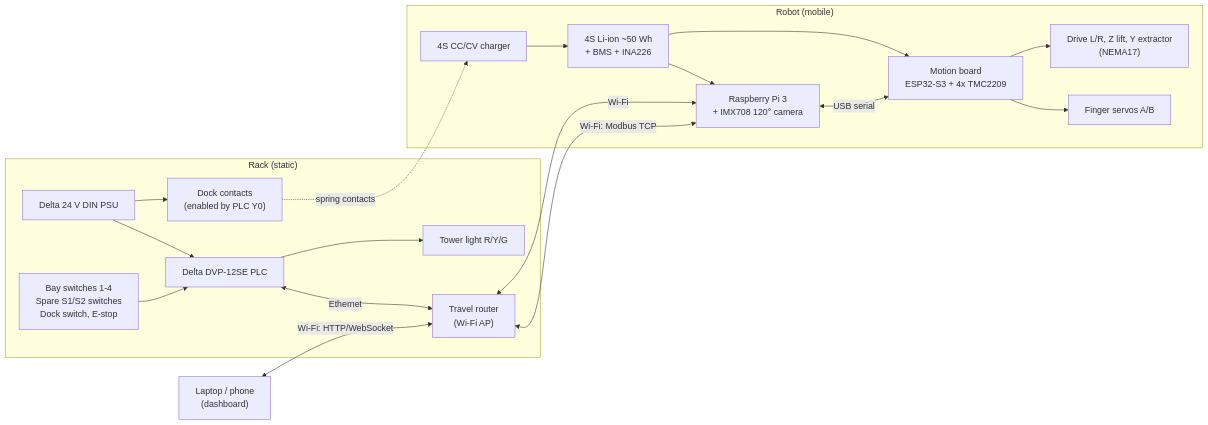
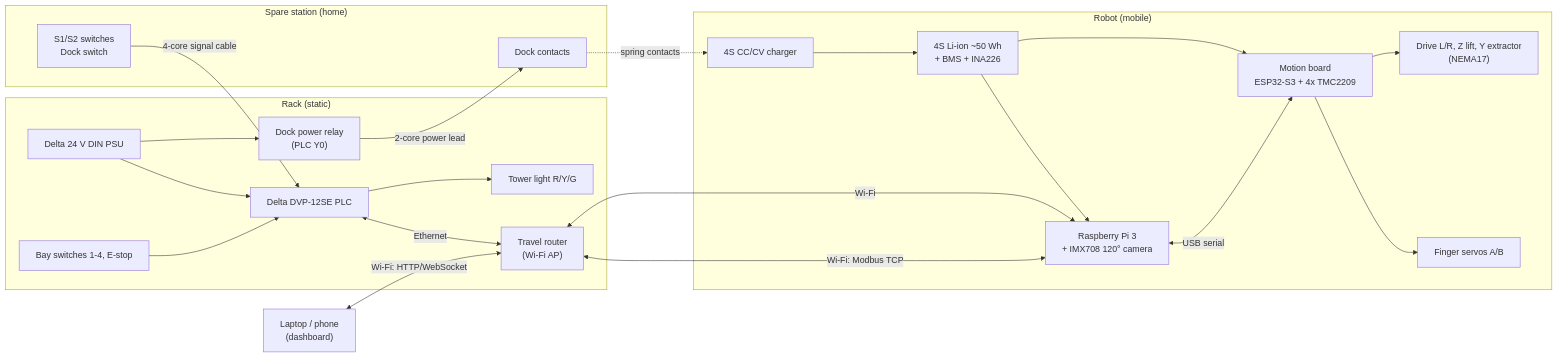
The diagram in docs/spec/00-overview.md (freethought101/RackBotGen3), drawn with Mermaid before and after one commit. The commit also changed other lines of this file and 15 other files, not shown here.

First line of the commit message:
Move the charging dock to the spare station (spec v0.1.22)

````diff
--- a/docs/spec/00-overview.md
+++ b/docs/spec/00-overview.md
@@ -93,22 +98,28 @@
 ```mermaid
 flowchart LR
   subgraph RACK["Rack (static)"]
     PSU["Delta 24 V DIN PSU"] --> PLC["Delta DVP-12SE PLC"]
-    PSU --> DOCK["Dock contacts\n(enabled by PLC Y0)"]
-    SW["Bay switches 1-4\nSpare S1/S2 switches\nDock switch, E-stop"] --> PLC
+    PSU --> RLY["Dock power relay\n(PLC Y0)"]
+    SW["Bay switches 1-4, E-stop"] --> PLC
     PLC --> LAMP["Tower light R/Y/G"]
     PLC <-- Ethernet --> RTR["Travel router\n(Wi-Fi AP)"]
   end
+  subgraph SPARE["Spare station (home)"]
+    DOCK["Dock contacts"]
+    SSW["S1/S2 switches\nDock switch"]
+  end
+  RLY -- "2-core power lead" --> DOCK
+  SSW -- "4-core signal cable" --> PLC
   subgraph ROBOT["Robot (mobile)"]
     BAT["4S Li-ion ~50 Wh\n+ BMS + INA226"] --> MB["Motion board\nESP32-S3 + 4x TMC2209"]
     BAT --> PI["Raspberry Pi 3\n+ IMX708 120° camera"]
     PI <-- USB serial --> MB
     MB --> MOT["Drive L/R, Z lift, Y extractor\n(NEMA17)"]
     MB --> SRV["Finger servos A/B"]
     CHG["4S CC/CV charger"] --> BAT
   end
   DOCK -. spring contacts .-> CHG
   PI <-- Wi-Fi: Modbus TCP --> RTR
   LAPTOP["Laptop / phone\n(dashboard)"] <-- Wi-Fi: HTTP/WebSocket --> RTR
   RTR <-- Wi-Fi --> PI
 ```
````
